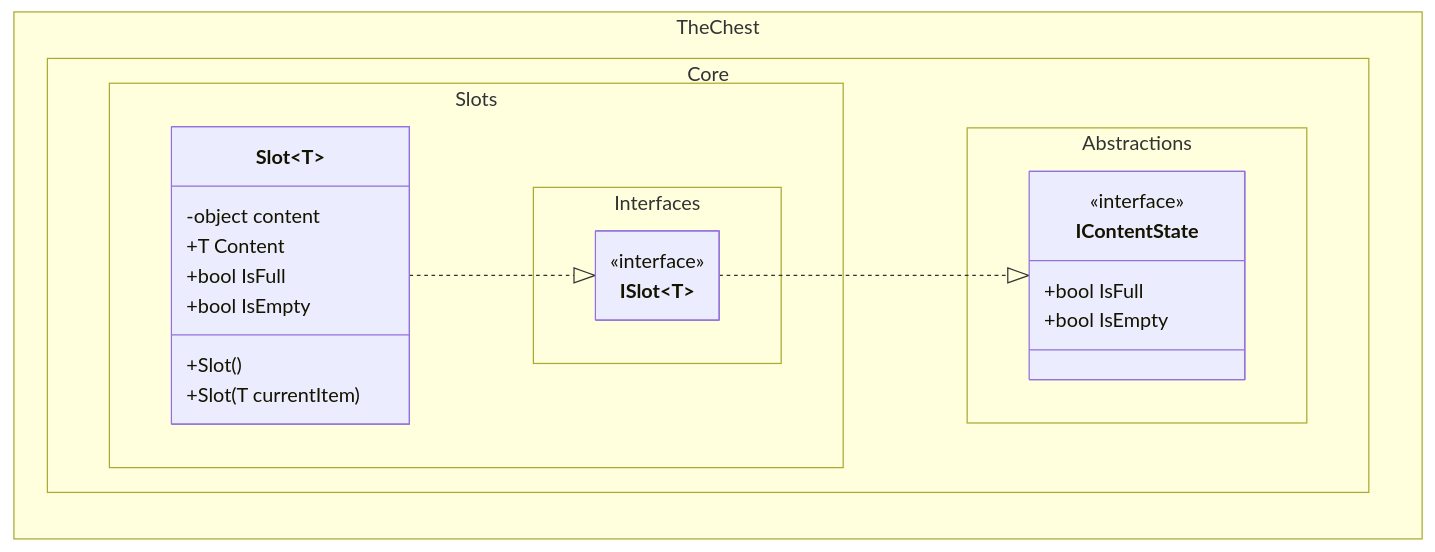
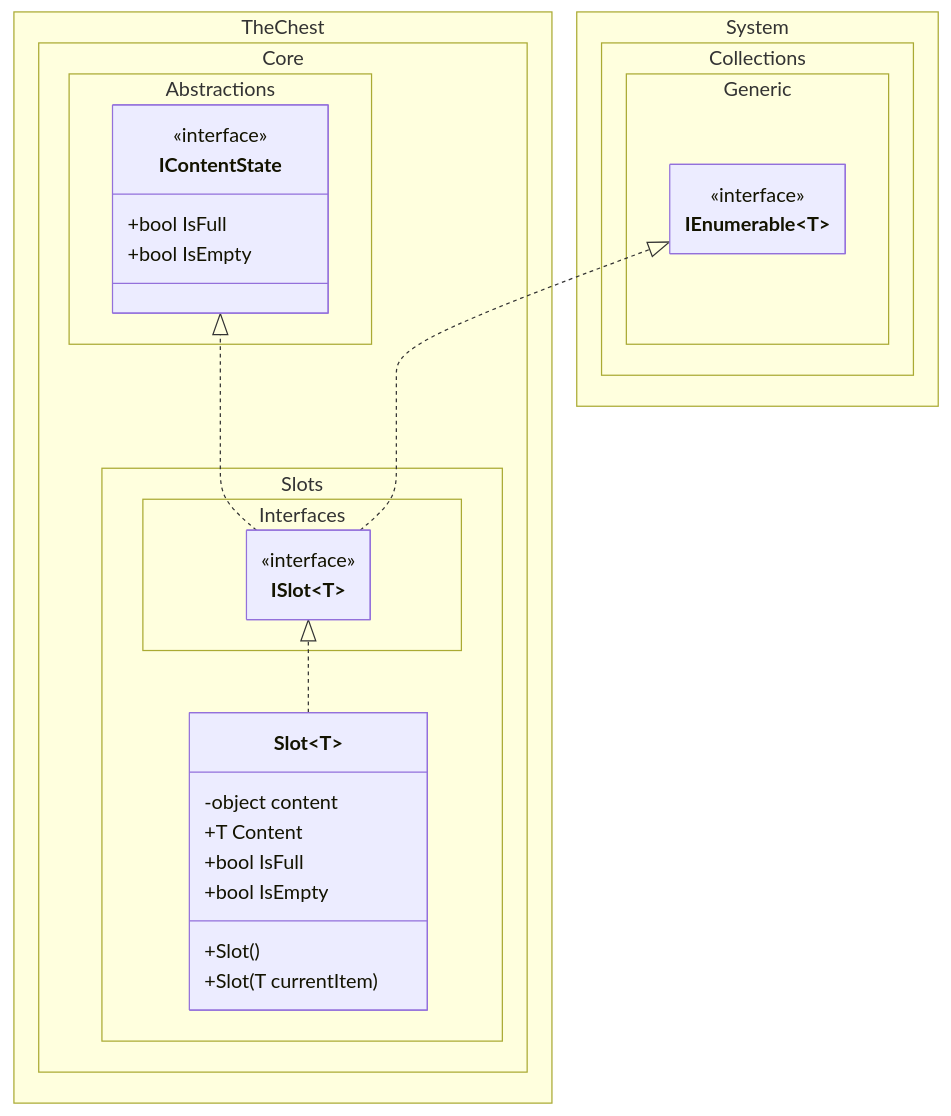
One commit to The-Chest/TheChest.Core changed the fourth of 5 diagrams in docs/class_diagram.md. Above: the diagram before and after it, drawn with Mermaid. The commit also changed other lines of this file and 5 other files, not shown here.

Commit message:
Adds IEnumerable implementation to ISlot and IContainer

````diff
--- a/docs/class_diagram.md
+++ b/docs/class_diagram.md
@@ -167,35 +175,41 @@
 ```mermaid
 ---
 config:
   theme: mc
   look: classic
   class:
     hideEmptyMembersBox: true
 ---
 classDiagram
 direction BT
     namespace TheChest.Core.Abstractions {
         class IContentState {
             <<interface>>
             +bool IsFull
             +bool IsEmpty
         }
     }
     namespace TheChest.Core.Slots.Interfaces {
         class ISlot~T~ {
             <<interface>>
         }
     }
+    namespace System.Collections.Generic {
+        class IEnumerable~T~ {
+            <<interface>>
+        }
+    }
     namespace TheChest.Core.Slots {
         class Slot~T~ {
             -object content
             +T Content
             +bool IsFull
             +bool IsEmpty
             +Slot()
             +Slot(T currentItem)
         }
     }
     ISlot~T~ ..|> IContentState
+    ISlot~T~ ..|> IEnumerable~T~
     Slot~T~ ..|> ISlot~T~
 ```
````
